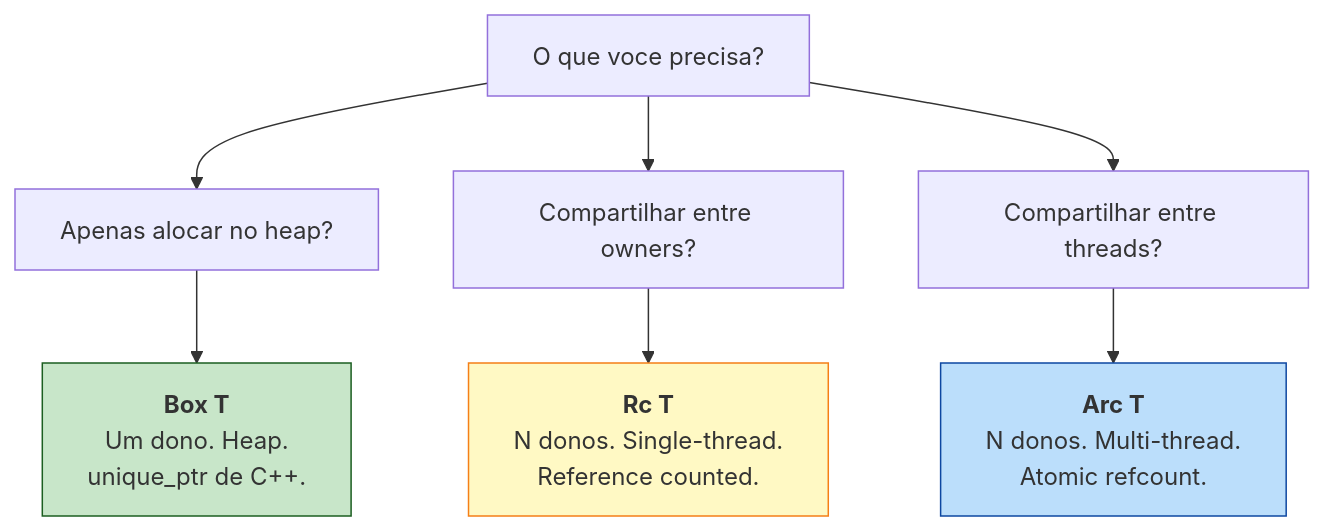
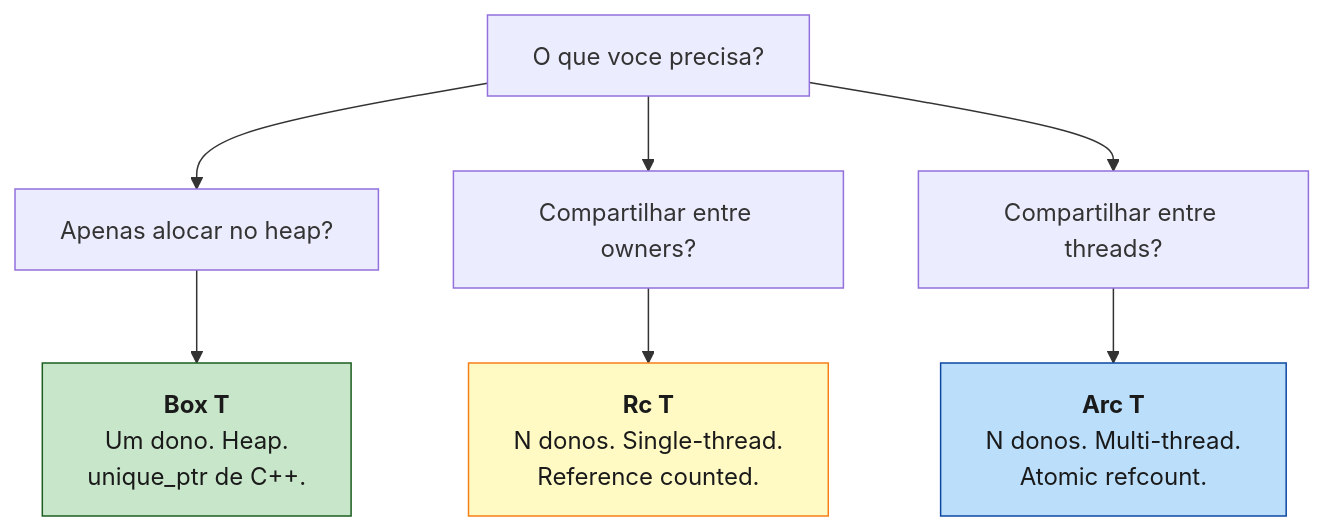
The first of 2 diagrams in book/part-10-smart-pointers/ch28-box-rc-arc.md (Felipeness/ferro-e-espirito), drawn with Mermaid before and after one commit. The commit also changed other lines of this file and 56 other files, not shown here.

First line of the commit message:
fix: contraste de texto em diagramas mermaid

````diff
--- a/book/part-10-smart-pointers/ch28-box-rc-arc.md
+++ b/book/part-10-smart-pointers/ch28-box-rc-arc.md
@@ -49,16 +49,16 @@
 ```mermaid
 graph TB
     Q["O que voce precisa?"]
 
     Q --> Heap["Apenas alocar no heap?"]
     Q --> Share["Compartilhar entre owners?"]
     Q --> Thread["Compartilhar entre threads?"]
 
     Heap --> Box["<b>Box T</b><br/>Um dono. Heap.<br/>unique_ptr de C++."]
     Share --> Rc["<b>Rc T</b><br/>N donos. Single-thread.<br/>Reference counted."]
     Thread --> Arc["<b>Arc T</b><br/>N donos. Multi-thread.<br/>Atomic refcount."]
 
-    style Box fill:#c8e6c9,stroke:#1b5e20
-    style Rc fill:#fff9c4,stroke:#f57f17
-    style Arc fill:#bbdefb,stroke:#0d47a1
+    style Box fill:#c8e6c9,stroke:#1b5e20,color:#1a1a1a
+    style Rc fill:#fff9c4,stroke:#f57f17,color:#1a1a1a
+    style Arc fill:#bbdefb,stroke:#0d47a1,color:#1a1a1a
 ```
````
